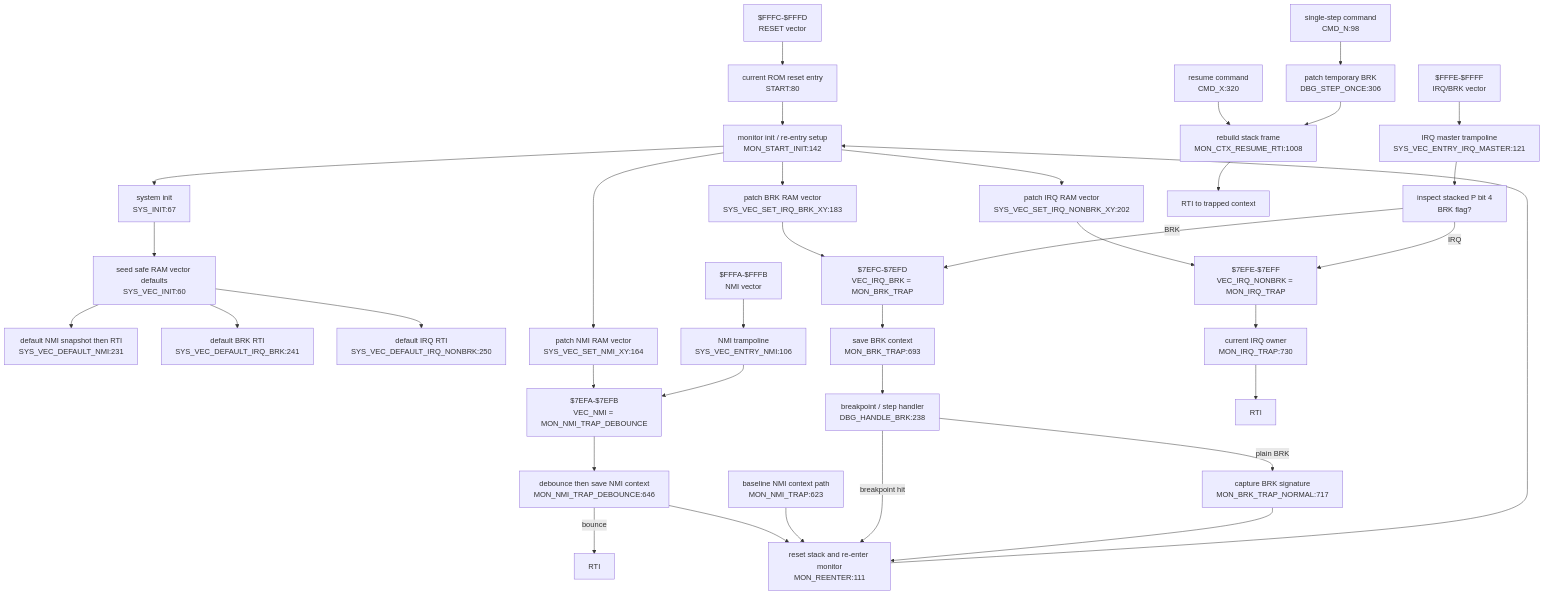
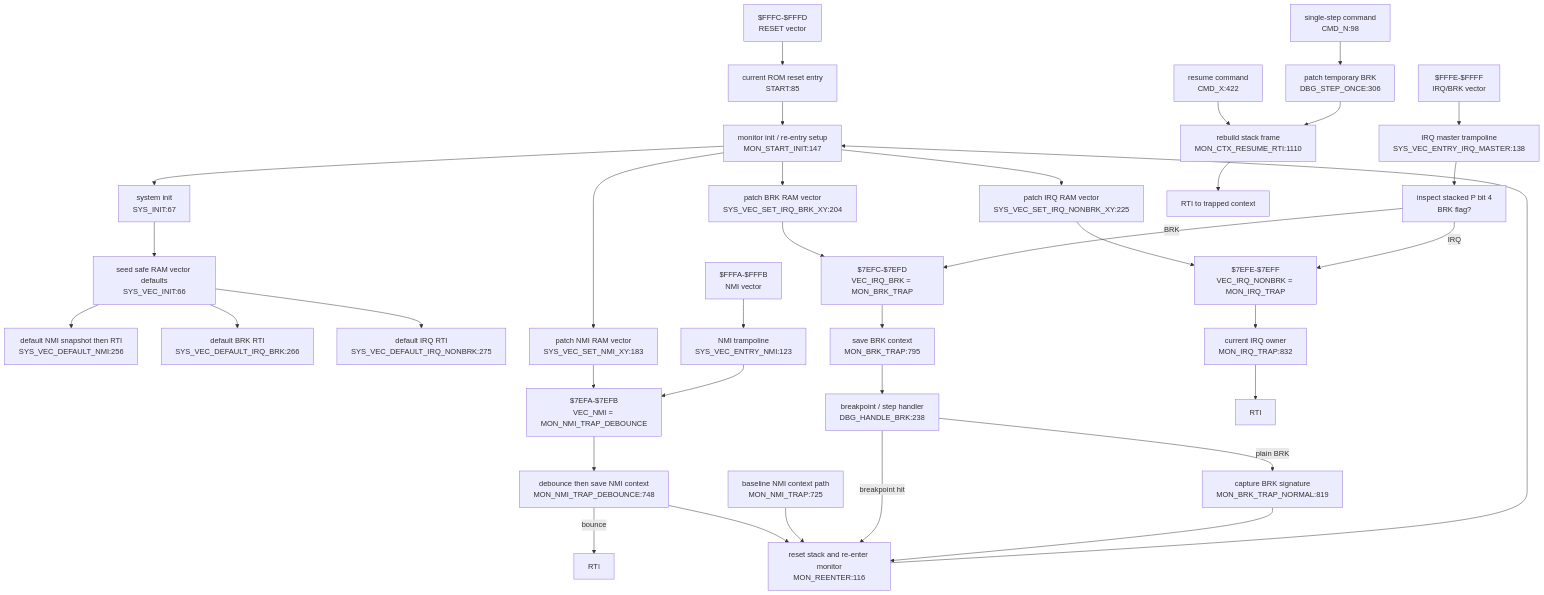
One commit to 95westus/R-YORS changed the diagram in DOC/GENERATED/INTERRUPT_VECTOR_MAP.md. Above: the diagram before and after it, drawn with Mermaid. The commit also changed other lines of this file and 114 other files, not shown here.

First line of the commit message:
str8: add guarded update path and proven ROM payload targets

````diff
--- a/DOC/GENERATED/INTERRUPT_VECTOR_MAP.md
+++ b/DOC/GENERATED/INTERRUPT_VECTOR_MAP.md
@@ -25,42 +25,42 @@
 ```mermaid
 flowchart TD
-    RESETV["$FFFC-$FFFD<br/>RESET vector"] --> STARTN["current ROM reset entry<br/>START:80"]
-    STARTN --> INIT["monitor init / re-entry setup<br/>MON_START_INIT:142"]
+    RESETV["$FFFC-$FFFD<br/>RESET vector"] --> STARTN["current ROM reset entry<br/>START:85"]
+    STARTN --> INIT["monitor init / re-entry setup<br/>MON_START_INIT:147"]
     INIT --> SYSINIT["system init<br/>SYS_INIT:67"]
-    SYSINIT --> VECINIT["seed safe RAM vector defaults<br/>SYS_VEC_INIT:60"]
-    VECINIT --> DEFNMI["default NMI snapshot then RTI<br/>SYS_VEC_DEFAULT_NMI:231"]
-    VECINIT --> DEFBRK["default BRK RTI<br/>SYS_VEC_DEFAULT_IRQ_BRK:241"]
-    VECINIT --> DEFIRQ["default IRQ RTI<br/>SYS_VEC_DEFAULT_IRQ_NONBRK:250"]
+    SYSINIT --> VECINIT["seed safe RAM vector defaults<br/>SYS_VEC_INIT:66"]
+    VECINIT --> DEFNMI["default NMI snapshot then RTI<br/>SYS_VEC_DEFAULT_NMI:256"]
+    VECINIT --> DEFBRK["default BRK RTI<br/>SYS_VEC_DEFAULT_IRQ_BRK:266"]
+    VECINIT --> DEFIRQ["default IRQ RTI<br/>SYS_VEC_DEFAULT_IRQ_NONBRK:275"]
 
-    INIT --> SETNMI["patch NMI RAM vector<br/>SYS_VEC_SET_NMI_XY:164"]
-    INIT --> SETBRK["patch BRK RAM vector<br/>SYS_VEC_SET_IRQ_BRK_XY:183"]
-    INIT --> SETIRQ["patch IRQ RAM vector<br/>SYS_VEC_SET_IRQ_NONBRK_XY:202"]
+    INIT --> SETNMI["patch NMI RAM vector<br/>SYS_VEC_SET_NMI_XY:183"]
+    INIT --> SETBRK["patch BRK RAM vector<br/>SYS_VEC_SET_IRQ_BRK_XY:204"]
+    INIT --> SETIRQ["patch IRQ RAM vector<br/>SYS_VEC_SET_IRQ_NONBRK_XY:225"]
     SETNMI --> VECNMI["$7EFA-$7EFB<br/>VEC_NMI = MON_NMI_TRAP_DEBOUNCE"]
     SETBRK --> VECBRK["$7EFC-$7EFD<br/>VEC_IRQ_BRK = MON_BRK_TRAP"]
     SETIRQ --> VECIRQ["$7EFE-$7EFF<br/>VEC_IRQ_NONBRK = MON_IRQ_TRAP"]
 
-    NMIV["$FFFA-$FFFB<br/>NMI vector"] --> NMIENTRY["NMI trampoline<br/>SYS_VEC_ENTRY_NMI:106"]
+    NMIV["$FFFA-$FFFB<br/>NMI vector"] --> NMIENTRY["NMI trampoline<br/>SYS_VEC_ENTRY_NMI:123"]
     NMIENTRY --> VECNMI
-    VECNMI --> NMITRAP["debounce then save NMI context<br/>MON_NMI_TRAP_DEBOUNCE:646"]
+    VECNMI --> NMITRAP["debounce then save NMI context<br/>MON_NMI_TRAP_DEBOUNCE:748"]
     NMITRAP -->|bounce| RTINMI["RTI"]
-    NMITRAP --> REENTER["reset stack and re-enter monitor<br/>MON_REENTER:111"]
-    NMIBASE["baseline NMI context path<br/>MON_NMI_TRAP:623"] --> REENTER
+    NMITRAP --> REENTER["reset stack and re-enter monitor<br/>MON_REENTER:116"]
+    NMIBASE["baseline NMI context path<br/>MON_NMI_TRAP:725"] --> REENTER
     REENTER --> INIT
 
-    IRQV["$FFFE-$FFFF<br/>IRQ/BRK vector"] --> IRQMASTER["IRQ master trampoline<br/>SYS_VEC_ENTRY_IRQ_MASTER:121"]
+    IRQV["$FFFE-$FFFF<br/>IRQ/BRK vector"] --> IRQMASTER["IRQ master trampoline<br/>SYS_VEC_ENTRY_IRQ_MASTER:138"]
     IRQMASTER --> SPLIT["inspect stacked P bit 4<br/>BRK flag?"]
     SPLIT -->|BRK| VECBRK
     SPLIT -->|IRQ| VECIRQ
-    VECBRK --> BRKTRAP["save BRK context<br/>MON_BRK_TRAP:693"]
+    VECBRK --> BRKTRAP["save BRK context<br/>MON_BRK_TRAP:795"]
     BRKTRAP --> DBGBRK["breakpoint / step handler<br/>DBG_HANDLE_BRK:238"]
     DBGBRK -->|breakpoint hit| REENTER
-    DBGBRK -->|plain BRK| BRKNORMAL["capture BRK signature<br/>MON_BRK_TRAP_NORMAL:717"]
+    DBGBRK -->|plain BRK| BRKNORMAL["capture BRK signature<br/>MON_BRK_TRAP_NORMAL:819"]
     BRKNORMAL --> REENTER
-    VECIRQ --> IRQTRAP["current IRQ owner<br/>MON_IRQ_TRAP:730"]
+    VECIRQ --> IRQTRAP["current IRQ owner<br/>MON_IRQ_TRAP:832"]
     IRQTRAP --> RTIIRQ["RTI"]
 
-    CMDX["resume command<br/>CMD_X:320"] --> RESUME["rebuild stack frame<br/>MON_CTX_RESUME_RTI:1008"]
+    CMDX["resume command<br/>CMD_X:422"] --> RESUME["rebuild stack frame<br/>MON_CTX_RESUME_RTI:1110"]
     CMDN["single-step command<br/>CMD_N:98"] --> STEP["patch temporary BRK<br/>DBG_STEP_ONCE:306"]
     STEP --> RESUME
     RESUME --> RTIRES["RTI to trapped context"]
 ```
````
